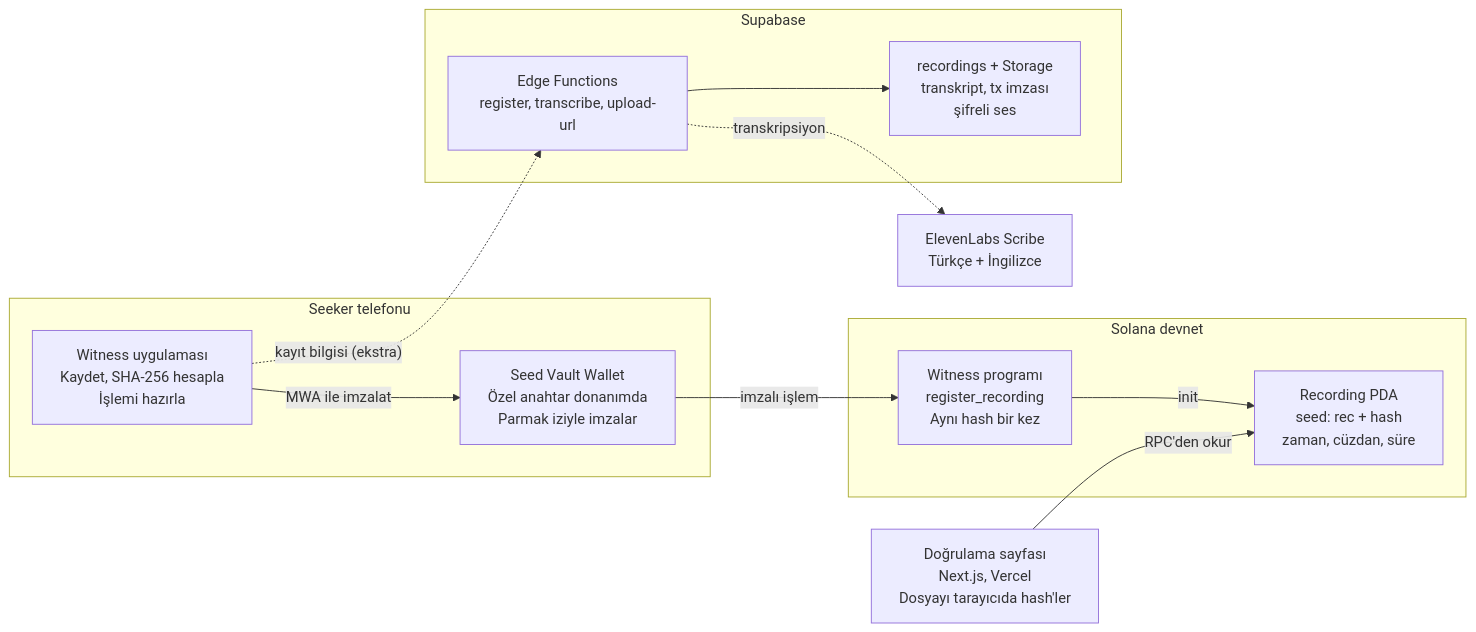
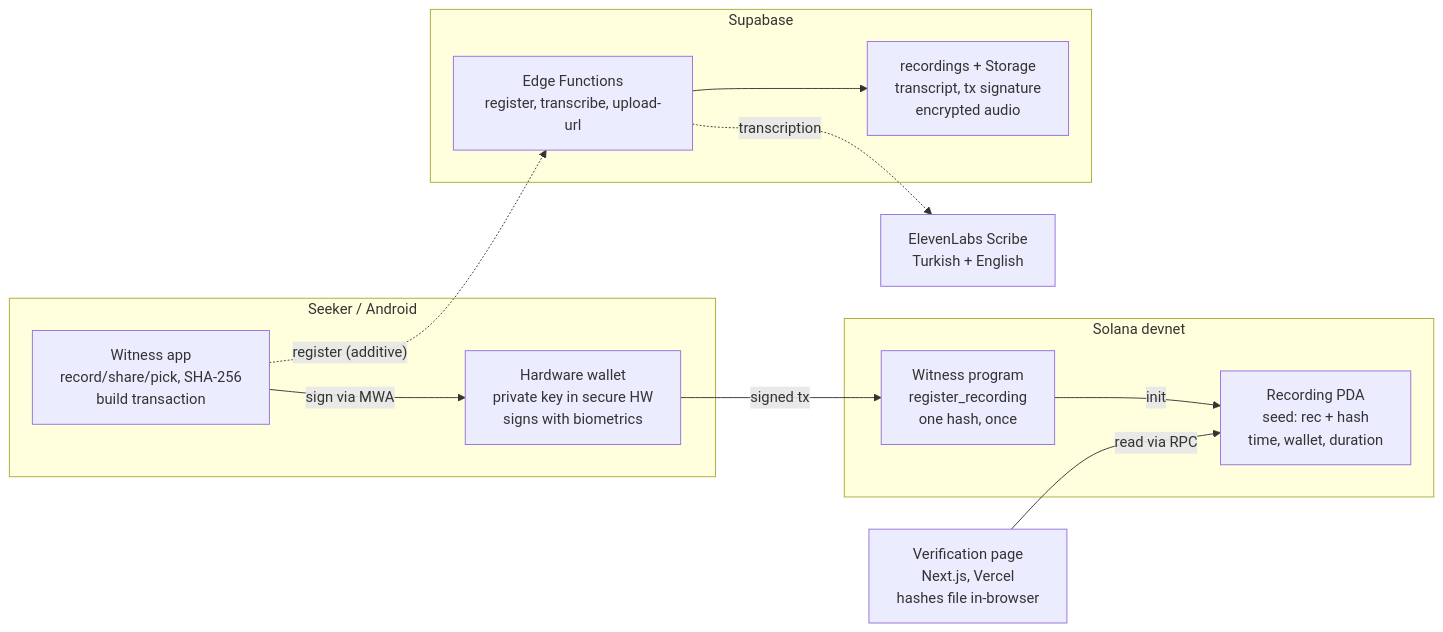
Before and after one commit to GTU-Blockchain/witness_dev3pack2026: the first of 3 diagrams in docs/TEKNIK_DOKUMAN.md, drawn with Mermaid. The commit also changed other lines of this file and 7 other files, not shown here.

````diff
--- a/docs/TEKNIK_DOKUMAN.md
+++ b/docs/TEKNIK_DOKUMAN.md
@@ -24,25 +22,25 @@
 ```mermaid
 flowchart LR
-  subgraph Seeker["Seeker telefonu"]
-    APP["Witness uygulaması<br/>Kaydet, SHA-256 hesapla<br/>İşlemi hazırla"]
-    SV["Seed Vault Wallet<br/>Özel anahtar donanımda<br/>Parmak iziyle imzalar"]
+  subgraph Phone["Seeker / Android"]
+    APP["Witness app<br/>record/share/pick, SHA-256<br/>build transaction"]
+    SV["Hardware wallet<br/>private key in secure HW<br/>signs with biometrics"]
   end
   subgraph Solana["Solana devnet"]
-    PROG["Witness programı<br/>register_recording<br/>Aynı hash bir kez"]
-    PDA["Recording PDA<br/>seed: rec + hash<br/>zaman, cüzdan, süre"]
+    PROG["Witness program<br/>register_recording<br/>one hash, once"]
+    PDA["Recording PDA<br/>seed: rec + hash<br/>time, wallet, duration"]
   end
-  WEB["Doğrulama sayfası<br/>Next.js, Vercel<br/>Dosyayı tarayıcıda hash'ler"]
+  WEB["Verification page<br/>Next.js, Vercel<br/>hashes file in-browser"]
   subgraph Supabase
     EF["Edge Functions<br/>register, transcribe, upload-url"]
-    DB["recordings + Storage<br/>transkript, tx imzası<br/>şifreli ses"]
+    DB["recordings + Storage<br/>transcript, tx signature<br/>encrypted audio"]
   end
-  EL["ElevenLabs Scribe<br/>Türkçe + İngilizce"]
+  EL["ElevenLabs Scribe<br/>Turkish + English"]
 
-  APP -- "MWA ile imzalat" --> SV
-  SV -- "imzalı işlem" --> PROG
+  APP -- "sign via MWA" --> SV
+  SV -- "signed tx" --> PROG
   PROG -- init --> PDA
-  WEB -- "RPC'den okur" --> PDA
-  APP -. "kayıt bilgisi (ekstra)" .-> EF
+  WEB -- "read via RPC" --> PDA
+  APP -. "register (additive)" .-> EF
   EF --> DB
-  EF -. transkripsiyon .-> EL
+  EF -. transcription .-> EL
 ```
````
